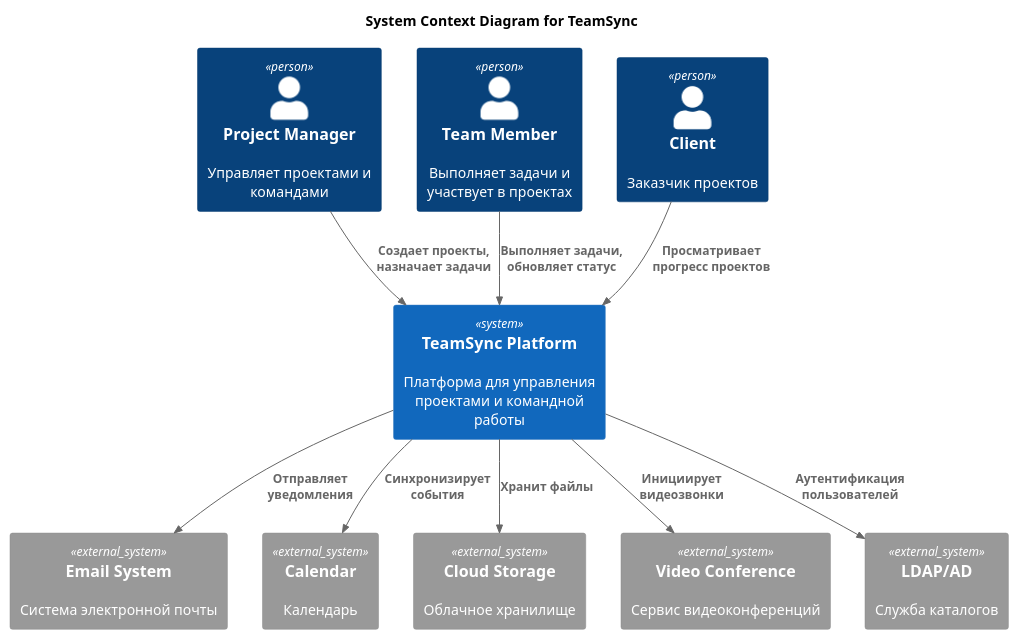
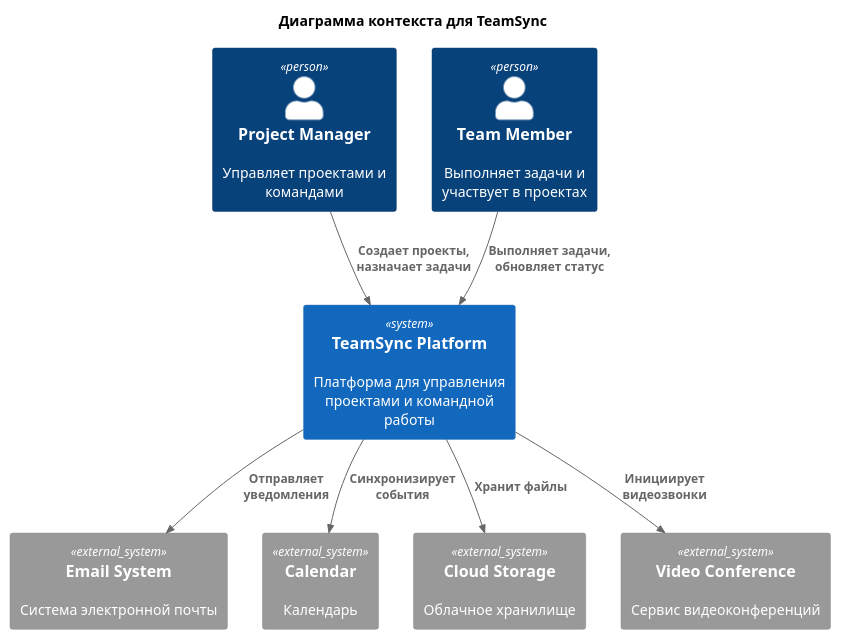
The diagram in diagrams/puml/C4_Context.puml (TatyanaCherednikova/TeamSync), drawn with PlantUML before and after one commit. The commit also changed 12 other files, not shown here.

Commit message:
added interaction diagrams

```diff
--- a/diagrams/puml/C4_Context.puml
+++ b/diagrams/puml/C4_Context.puml
@@ -1,28 +1,24 @@
 @startuml context
 !include https://raw.githubusercontent.com/plantuml-stdlib/C4-PlantUML/master/C4_Context.puml
 
-title System Context Diagram for TeamSync
+title Диаграмма контекста для TeamSync
 
 Person(pm, "Project Manager", "Управляет проектами и командами")
 Person(team, "Team Member", "Выполняет задачи и участвует в проектах")
-Person(client, "Client", "Заказчик проектов")
 
 System(teamsync, "TeamSync Platform", "Платформа для управления проектами и командной работы")
 
 System_Ext(email, "Email System", "Система электронной почты")
 System_Ext(calendar, "Calendar", "Календарь")
 System_Ext(storage, "Cloud Storage", "Облачное хранилище")
 System_Ext(video, "Video Conference", "Сервис видеоконференций")
-System_Ext(ldap, "LDAP/AD", "Служба каталогов")
 
 Rel(pm, teamsync, "Создает проекты, назначает задачи")
 Rel(team, teamsync, "Выполняет задачи, обновляет статус")
-Rel(client, teamsync, "Просматривает прогресс проектов")
 
 Rel(teamsync, email, "Отправляет уведомления")
 Rel(teamsync, calendar, "Синхронизирует события")
 Rel(teamsync, storage, "Хранит файлы")
 Rel(teamsync, video, "Инициирует видеозвонки")
-Rel(teamsync, ldap, "Аутентификация пользователей")
 
 @enduml
```
